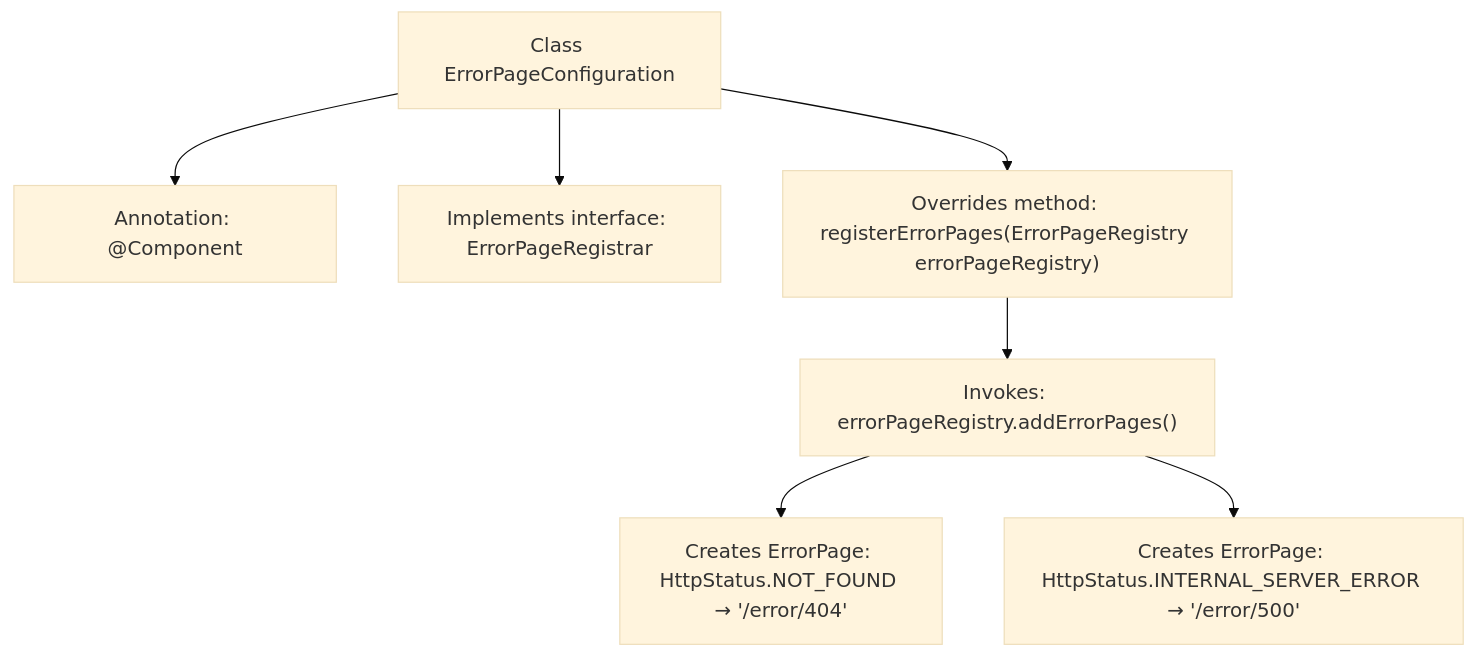
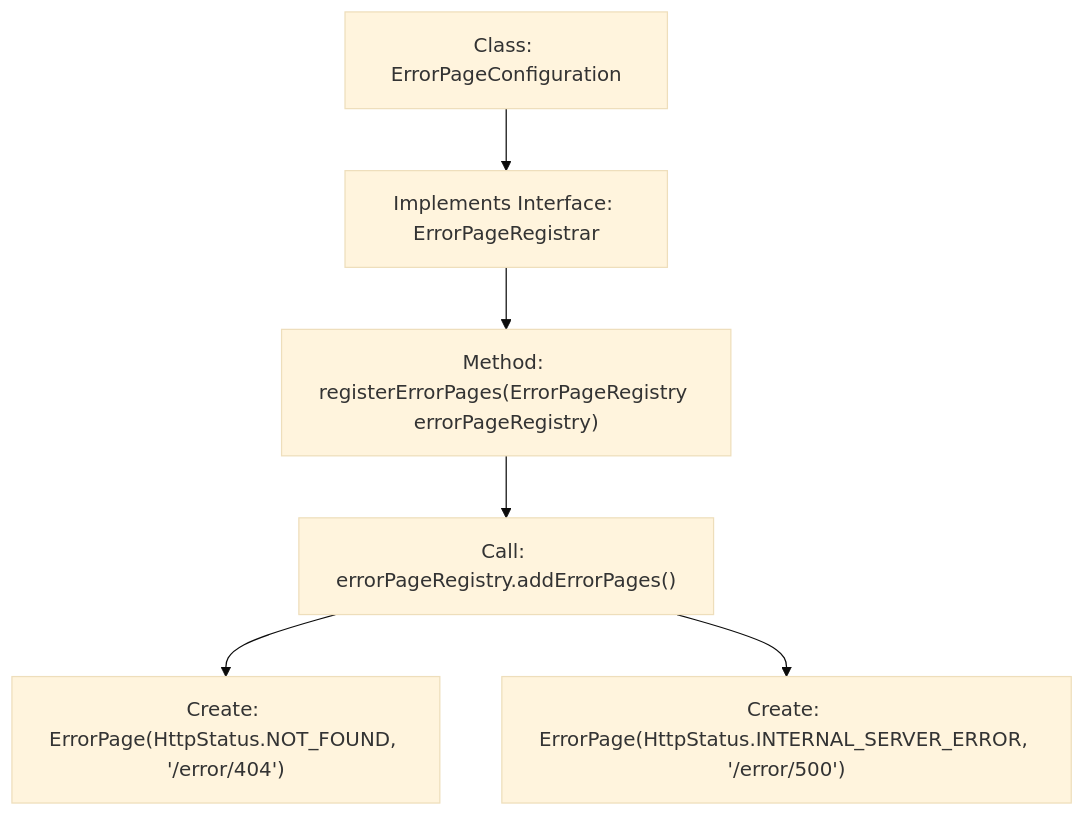
One commit to v-wjrong/imrrong_weixin-java-miniapp-demo changed the second of 2 diagrams in docs/en/docs/src/main/java/com/github/binarywang/demo/wx/miniapp/error/ErrorPageConfiguration.md. Above: the diagram before and after it, drawn with Mermaid (base theme). The commit also changed other lines of this file and 51 other files, not shown here.

````diff
--- a/docs/en/docs/src/main/java/com/github/binarywang/demo/wx/miniapp/error/ErrorPageConfiguration.md
+++ b/docs/en/docs/src/main/java/com/github/binarywang/demo/wx/miniapp/error/ErrorPageConfiguration.md
@@ -68,17 +74,15 @@
 ```mermaid
 graph TD
-    A["Class ErrorPageConfiguration"]
-    B["Annotation: @Component"]
-    C["Implements interface: ErrorPageRegistrar"]
-    D["Overrides method: registerErrorPages(ErrorPageRegistry errorPageRegistry)"]
-    E["Invokes: errorPageRegistry.addErrorPages()"]
-    F["Creates ErrorPage: HttpStatus.NOT_FOUND → '/error/404'"]
-    G["Creates ErrorPage: HttpStatus.INTERNAL_SERVER_ERROR → '/error/500'"]
-
+    A["Class: ErrorPageConfiguration"]
+    B["Implements Interface: ErrorPageRegistrar"]
+    C["Method: registerErrorPages(ErrorPageRegistry errorPageRegistry)"]
+    D["Call: errorPageRegistry.addErrorPages()"]
+    E["Create: ErrorPage(HttpStatus.NOT_FOUND, '/error/404')"]
+    F["Create: ErrorPage(HttpStatus.INTERNAL_SERVER_ERROR, '/error/500')"]
+    
     A --> B
-    A --> C
-    A --> D
+    B --> C
+    C --> D
     D --> E
-    E --> F
-    E --> G
+    D --> F
 ```
````
